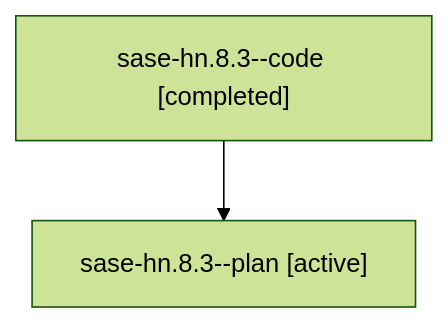
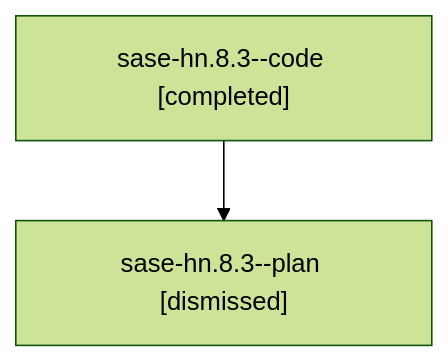
One commit to sase-org/sase--agents changed the diagram in sessions/bbugyi200.athena.sase-hn.8.3.md. Above: the diagram before and after it, drawn with Mermaid (forest theme). The commit also changed other lines of this file and 100 other files, not shown here.

````diff
--- a/sessions/bbugyi200.athena.sase-hn.8.3.md
+++ b/sessions/bbugyi200.athena.sase-hn.8.3.md
@@ -9,6 +9,6 @@
 ```mermaid
 flowchart TD
   n0["sase-hn.8.3--code [completed]"]
-  n1["sase-hn.8.3--plan [active]"]
+  n1["sase-hn.8.3--plan [dismissed]"]
   n0 --> n1
 ```
````
